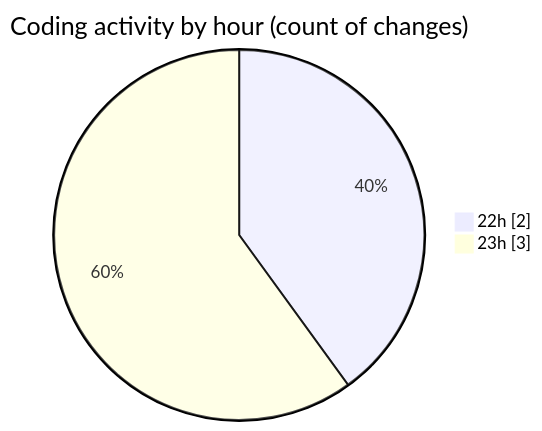
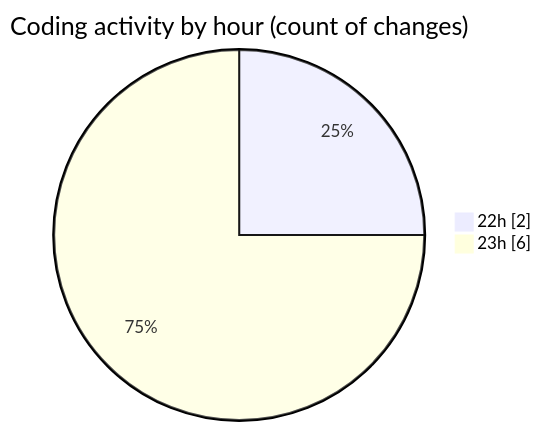
Before and after one commit to lephambinh05/code-tracking: the second of 2 diagrams in 2025-07-29/csdl/README.md, drawn with Mermaid. The commit also changed other lines of this file and 1 other file, not shown here.

````diff
--- a/2025-07-29/csdl/README.md
+++ b/2025-07-29/csdl/README.md
@@ -29,6 +30,6 @@
 ```mermaid
 pie showData
 title Coding activity by hour (count of changes)
 "22h" : 2
-"23h" : 3
+"23h" : 6
 ```
````
